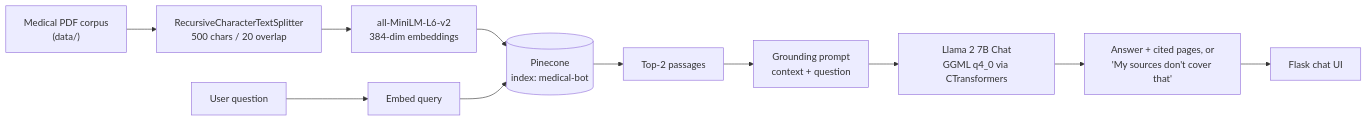
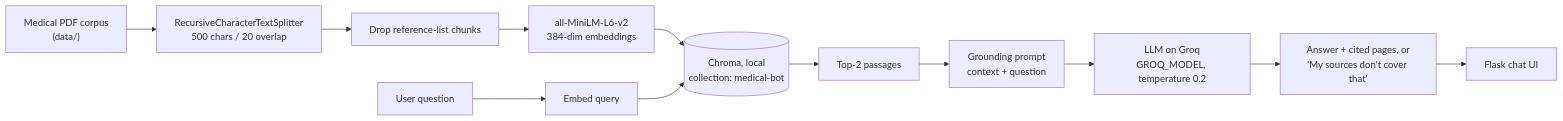
Before and after one commit to MohanVishe/medical-rag-chatbot: the diagram in README.md, drawn with Mermaid. The commit also changed other lines of this file and 1 other file, not shown here.

First line of the commit message:
README: describe the Chroma + Groq version

````diff
--- a/README.md
+++ b/README.md
@@ -43,14 +45,15 @@
 ```mermaid
 flowchart LR
     A["Medical PDF corpus<br/>(data/)"] --> B["RecursiveCharacterTextSplitter<br/>500 chars / 20 overlap"]
-    B --> C["all-MiniLM-L6-v2<br/>384-dim embeddings"]
-    C --> D[("Pinecone<br/>index: medical-bot")]
+    B --> R["Drop reference-list chunks"]
+    R --> C["all-MiniLM-L6-v2<br/>384-dim embeddings"]
+    C --> D[("Chroma, local<br/>collection: medical-bot")]
 
     E["User question"] --> F["Embed query"]
     F --> D
     D --> G["Top-2 passages"]
     G --> H["Grounding prompt<br/>context + question"]
-    H --> I["Llama 2 7B Chat<br/>GGML q4_0 via CTransformers"]
+    H --> I["LLM on Groq<br/>GROQ_MODEL, temperature 0.2"]
     I --> J["Answer + cited pages, or<br/>'My sources don't cover that'"]
     J --> K["Flask chat UI"]
 ```
````
